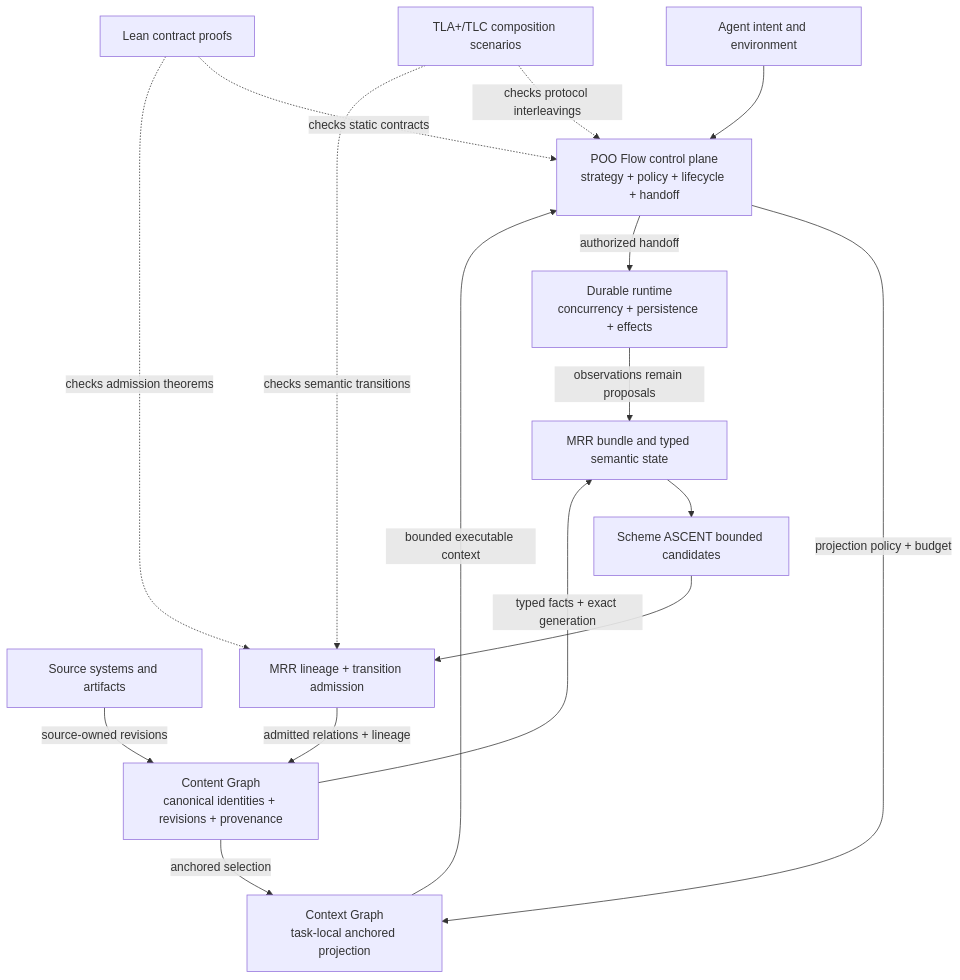
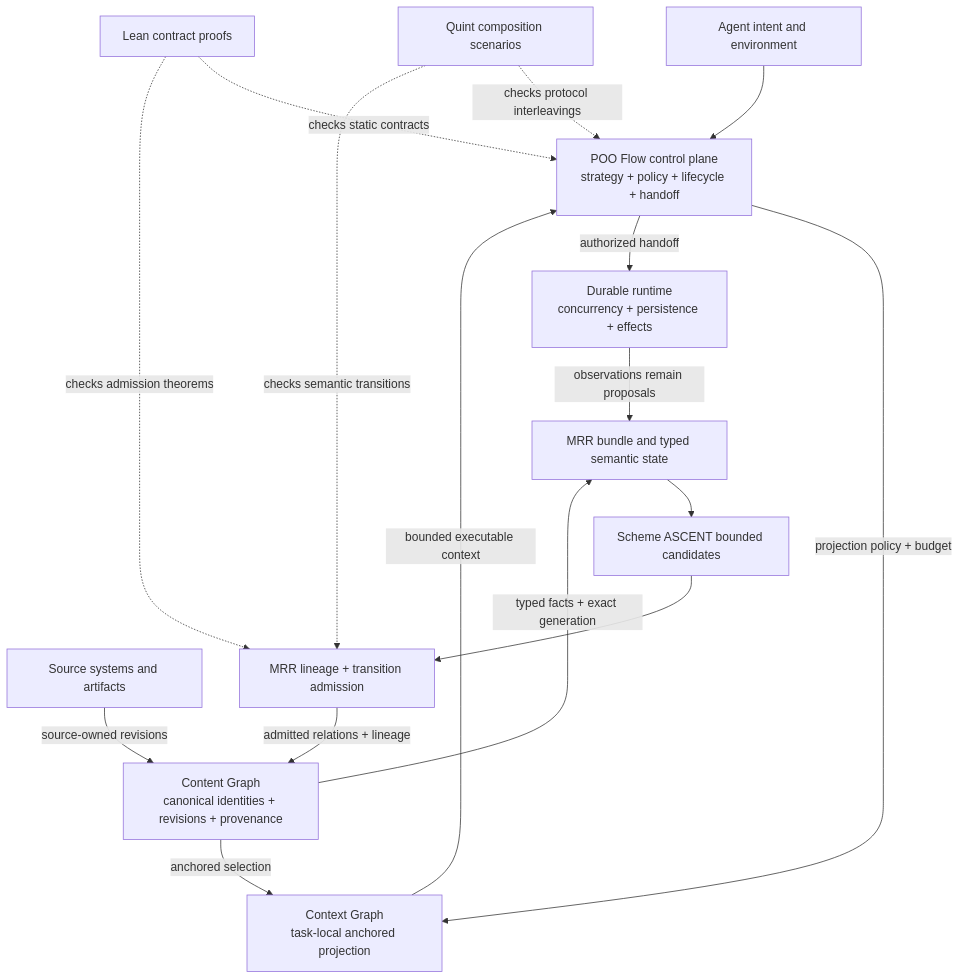
The diagram in docs/architecture/0025-poo-flow-mrr-agent-assurance.org (tao3k/meta-relational-reasoning), drawn with Mermaid before and after one commit. The commit also changed other lines of this file and 10 other files, not shown here.

Commit message:
Migrate MRR transition oracle from TLA+ to Quint

```diff
--- a/docs/architecture/0025-poo-flow-mrr-agent-assurance.org
+++ b/docs/architecture/0025-poo-flow-mrr-agent-assurance.org
@@ -149,30 +149,30 @@
 #+begin_src mermaid
 flowchart TD
   U[Agent intent and environment]
   S[Source systems and artifacts]
   C[Content Graph<br/>canonical identities + revisions + provenance]
   X[Context Graph<br/>task-local anchored projection]
   P[POO Flow control plane<br/>strategy + policy + lifecycle + handoff]
   B[MRR bundle and typed semantic state]
   A[Scheme ASCENT bounded candidates]
   M[MRR lineage + transition admission]
   R[Durable runtime<br/>concurrency + persistence + effects]
-  V[TLA+/TLC composition scenarios]
+  V[Quint composition scenarios]
   L[Lean contract proofs]
 
   S -->|source-owned revisions| C
   C -->|typed facts + exact generation| B
   B --> A
   A --> M
   M -->|admitted relations + lineage| C
   U --> P
   P -->|projection policy + budget| X
   C -->|anchored selection| X
   X -->|bounded executable context| P
   P -->|authorized handoff| R
   R -->|observations remain proposals| B
   V -. checks protocol interleavings .-> P
   V -. checks semantic transitions .-> M
   L -. checks static contracts .-> P
   L -. checks admission theorems .-> M
 #+end_src
```
